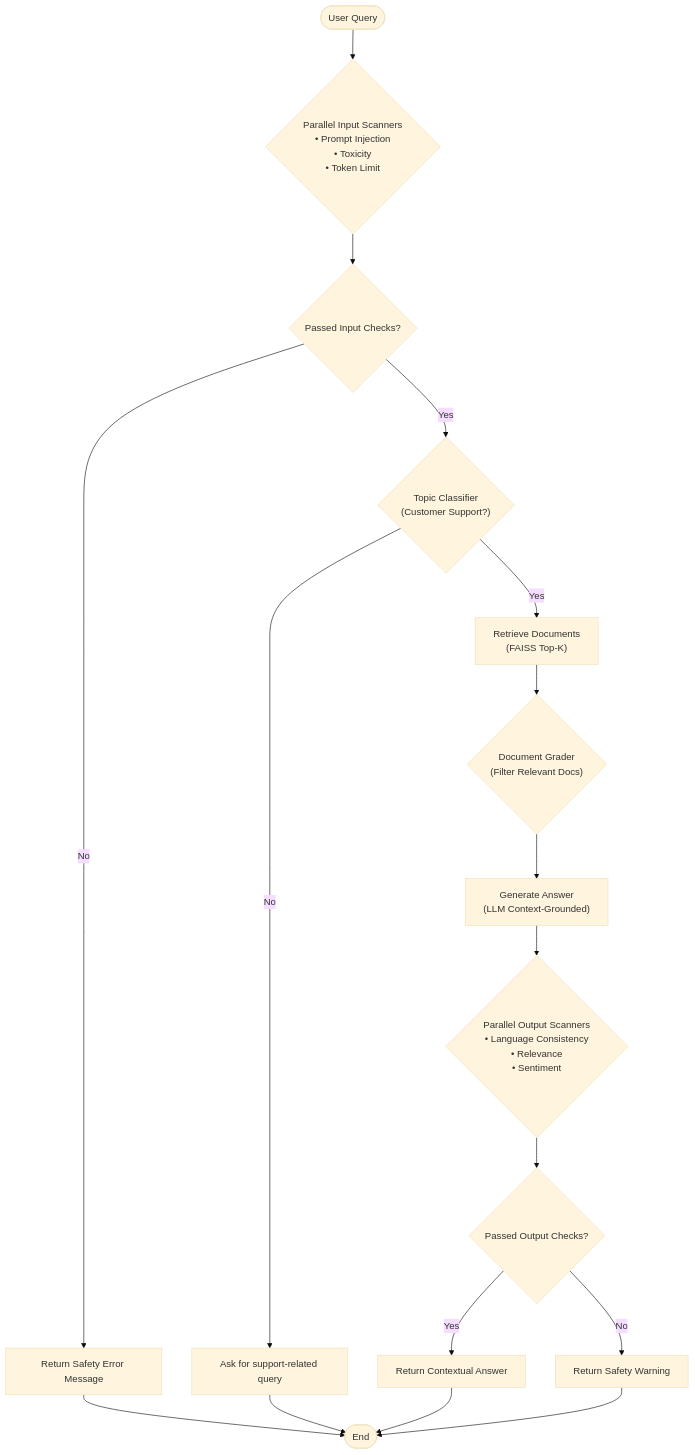
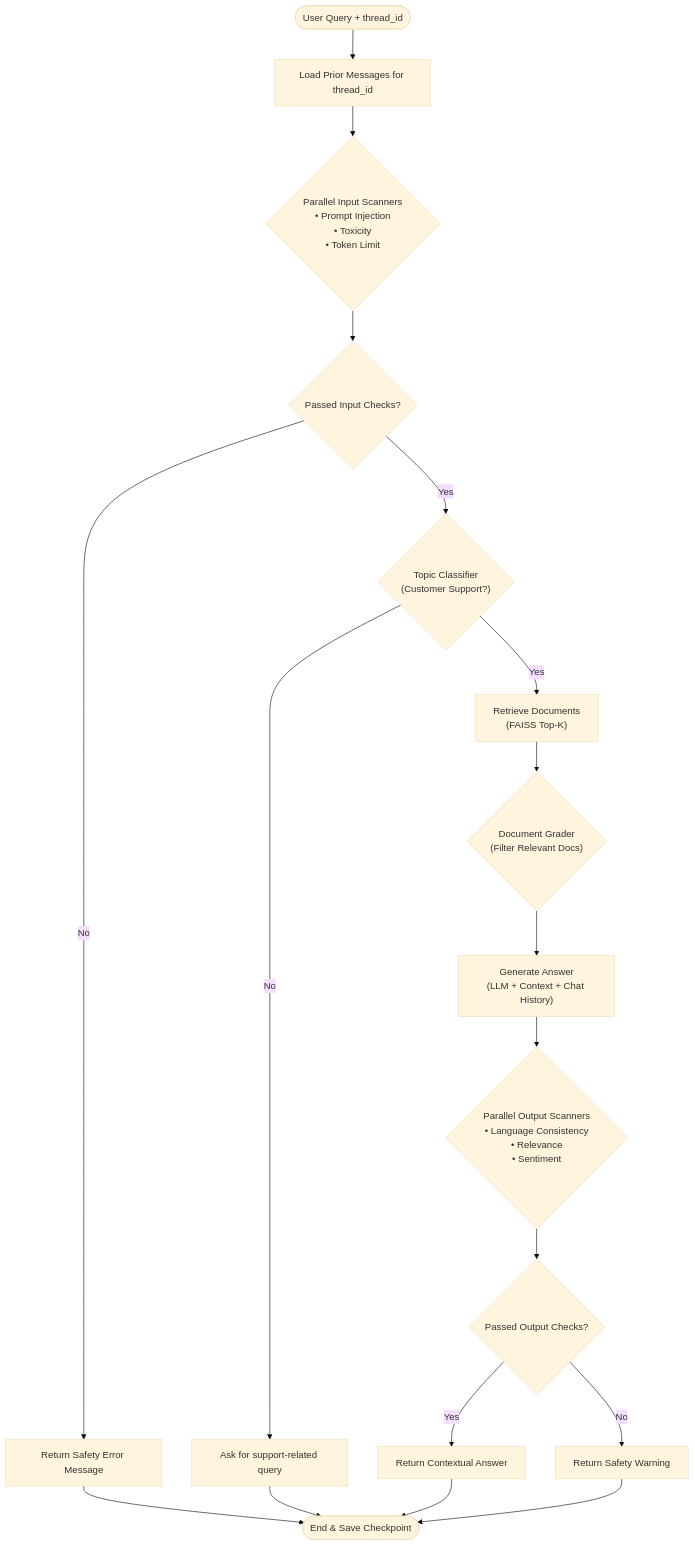
The diagram in README.md (niranjana-105/customersupport_rag), drawn with Mermaid (base theme) before and after one commit. The commit also changed other lines of this file and 25 other files, not shown here.

````diff
--- a/README.md
+++ b/README.md
@@ -31,22 +34,23 @@
 ```mermaid
 flowchart TD
-    Start([User Query]) --> InputGuards{"Parallel Input Scanners<br/>• Prompt Injection<br/>• Toxicity<br/>• Token Limit"}
+    Start([User Query + thread_id]) --> Checkpoint["Load Prior Messages for thread_id"]
+    Checkpoint --> InputGuards{"Parallel Input Scanners<br/>• Prompt Injection<br/>• Toxicity<br/>• Token Limit"}
     InputGuards --> QuestionCheck{"Passed Input Checks?"}
     QuestionCheck -- No --> RejectInput["Return Safety Error Message"]
-    RejectInput --> EndNode([End])
+    RejectInput --> EndNode([End & Save Checkpoint])
     
     QuestionCheck -- Yes --> TopicCheck{"Topic Classifier<br/>(Customer Support?)"}
     TopicCheck -- No --> OffTopic["Ask for support-related query"]
     OffTopic --> EndNode
     
     TopicCheck -- Yes --> Retrieve["Retrieve Documents<br/>(FAISS Top-K)"]
     Retrieve --> GradeDocs{"Document Grader<br/>(Filter Relevant Docs)"}
-    GradeDocs --> GenAnswer["Generate Answer<br/>(LLM Context-Grounded)"]
+    GradeDocs --> GenAnswer["Generate Answer<br/>(LLM + Context + Chat History)"]
     
     GenAnswer --> OutputGuards{"Parallel Output Scanners<br/>• Language Consistency<br/>• Relevance<br/>• Sentiment"}
     OutputGuards --> AnswerCheck{"Passed Output Checks?"}
     AnswerCheck -- Yes --> ReturnAnswer["Return Contextual Answer"]
     AnswerCheck -- No --> FallbackAnswer["Return Safety Warning"]
     ReturnAnswer --> EndNode
     FallbackAnswer --> EndNode
 ```
````
